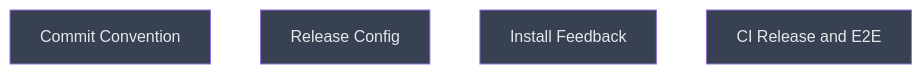
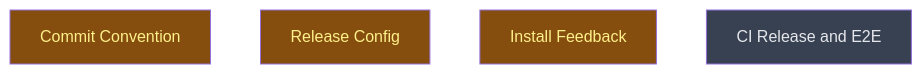
One commit to LittleCoinCoin/sift changed the diagram in __roadmap__/update-flow-hardening/README.md. Above: the diagram before and after it, drawn with Mermaid. The commit also changed other lines of this file, not shown here.

Commit message:
rdm(update-flow-hardening): start level 1
Commit convention, release config and install feedback are dispatched
in parallel on their task branches. The typecheck baseline, the macOS
menu and the local v0.1.5 tag removal are done directly on the
integration branch.

````diff
--- a/__roadmap__/update-flow-hardening/README.md
+++ b/__roadmap__/update-flow-hardening/README.md
@@ -34,12 +34,12 @@
 ```mermaid
 graph TD
-    commit_convention[Commit Convention]:::planned
-    release_config[Release Config]:::planned
-    install_feedback[Install Feedback]:::planned
+    commit_convention[Commit Convention]:::inprogress
+    release_config[Release Config]:::inprogress
+    install_feedback[Install Feedback]:::inprogress
     next[CI Release and E2E]:::planned
     classDef done       fill:#166534,color:#bbf7d0
     classDef inprogress fill:#854d0e,color:#fef08a
     classDef planned    fill:#374151,color:#e5e7eb
     classDef amendment  fill:#1e3a5f,color:#bfdbfe
     classDef blocked    fill:#7f1d1d,color:#fecaca
 ```
````
